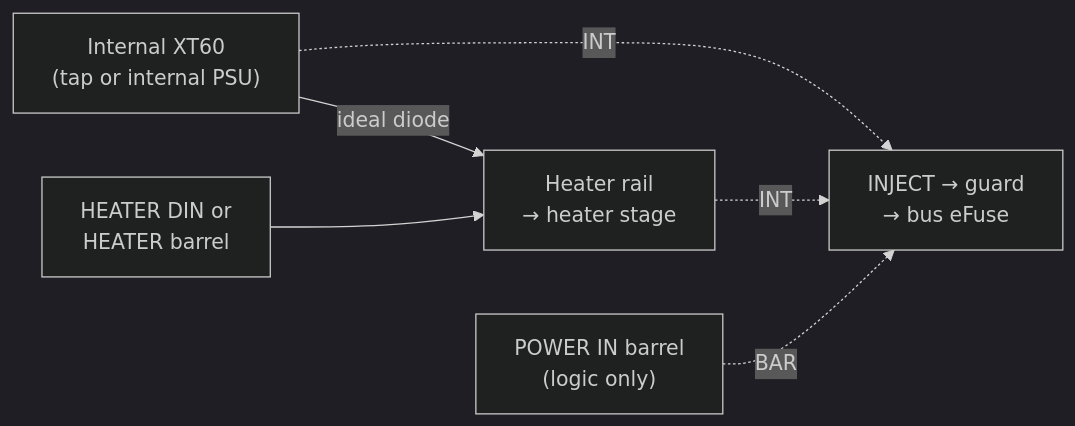
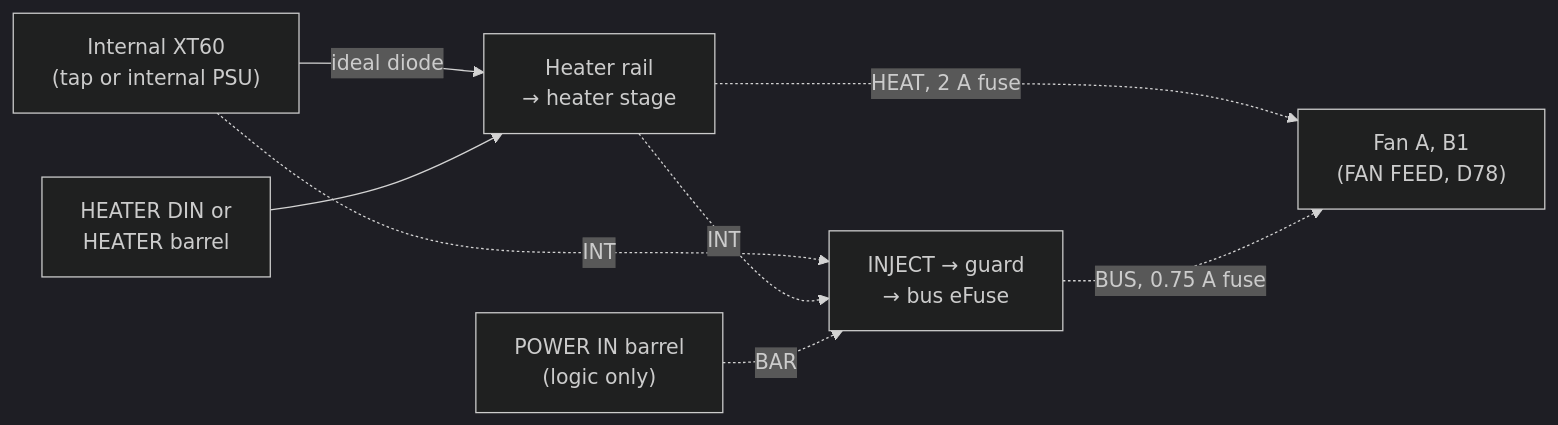
Before and after one commit to BashfulBits/3dp-fleet-exhaust: the second of 3 diagrams in docs/02_hardware_specification.md, drawn with Mermaid (dark theme). The commit also changed other lines of this file and 5 other files, not shown here.

First line of the commit message:
D78: fan A and B1 on a selectable 24 V feed

````diff
--- a/docs/02_hardware_specification.md
+++ b/docs/02_hardware_specification.md
@@ -68,8 +68,10 @@
 ```mermaid
 flowchart LR
   HIN["Internal XT60<br>(tap or internal PSU)"] -->|"ideal diode"| HR["Heater rail<br>→ heater stage"]
   HB["HEATER DIN or<br>HEATER barrel"] --> HR
   HIN -.->|"INT"| EF["INJECT → guard<br>→ bus eFuse"]
   HR -.->|"INT"| EF
   BAR["POWER IN barrel<br>(logic only)"] -.->|"BAR"| EF
+  HR -.->|"HEAT, 2 A fuse"| FF["Fan A, B1<br>(FAN FEED, D78)"]
+  EF -.->|"BUS, 0.75 A fuse"| FF
 ```
````
